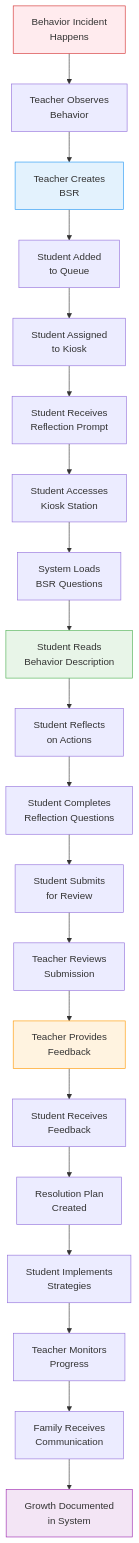
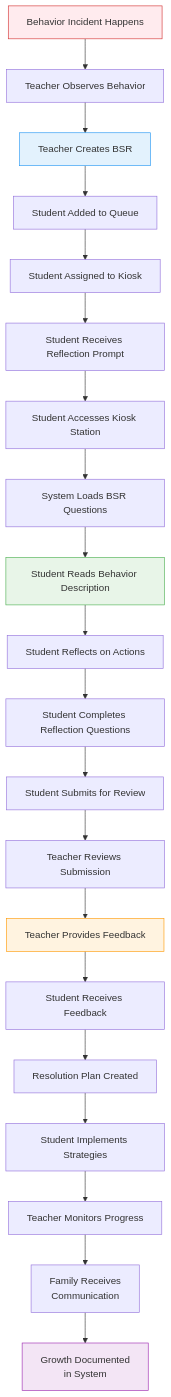
One commit to Splurfa/bx-os changed the first of 4 diagrams in docs/flowcharts/User-Journeys/11-complete-student-journey.md. Above: the diagram before and after it, drawn with Mermaid. The commit also changed 7 other files, not shown here.

Commit message:
Fix Mermaid text wrapping

````diff
--- a/docs/flowcharts/User-Journeys/11-complete-student-journey.md
+++ b/docs/flowcharts/User-Journeys/11-complete-student-journey.md
@@ -7,28 +7,28 @@
 ```mermaid
 flowchart TD
-    A[Behavior Incident<br/>Happens] --> B[Teacher Observes<br/>Behavior]
-    B --> C[Teacher Creates<br/>BSR]
-    C --> D[Student Added<br/>to Queue]
-    D --> E[Student Assigned<br/>to Kiosk]
-    E --> F[Student Receives<br/>Reflection Prompt]
-    F --> G[Student Accesses<br/>Kiosk Station]
-    G --> H[System Loads<br/>BSR Questions]
-    H --> I[Student Reads<br/>Behavior Description]
-    I --> J[Student Reflects<br/>on Actions]
-    J --> K[Student Completes<br/>Reflection Questions]
-    K --> L[Student Submits<br/>for Review]
-    L --> M[Teacher Reviews<br/>Submission]
-    M --> N[Teacher Provides<br/>Feedback]
-    N --> O[Student Receives<br/>Feedback]
-    O --> P[Resolution Plan<br/>Created]
-    P --> Q[Student Implements<br/>Strategies]
-    Q --> R[Teacher Monitors<br/>Progress]
+    A["`Behavior Incident Happens`"] --> B["`Teacher Observes Behavior`"]
+    B --> C["`Teacher Creates BSR`"]
+    C --> D["`Student Added to Queue`"]
+    D --> E["`Student Assigned to Kiosk`"]
+    E --> F["`Student Receives Reflection Prompt`"]
+    F --> G["`Student Accesses Kiosk Station`"]
+    G --> H["`System Loads BSR Questions`"]
+    H --> I["`Student Reads Behavior Description`"]
+    I --> J["`Student Reflects on Actions`"]
+    J --> K["`Student Completes Reflection Questions`"]
+    K --> L["`Student Submits for Review`"]
+    L --> M["`Teacher Reviews Submission`"]
+    M --> N["`Teacher Provides Feedback`"]
+    N --> O["`Student Receives Feedback`"]
+    O --> P["`Resolution Plan Created`"]
+    P --> Q["`Student Implements Strategies`"]
+    Q --> R["`Teacher Monitors Progress`"]
     R --> S[Family Receives<br/>Communication]
     S --> T[Growth Documented<br/>in System]
     
     style A fill:#ffebee,stroke:#d32f2f
     style C fill:#e3f2fd,stroke:#2196f3
     style I fill:#e8f5e8,stroke:#4caf50
     style N fill:#fff3e0,stroke:#ff9800
     style T fill:#f3e5f5,stroke:#9c27b0
 ```
````
